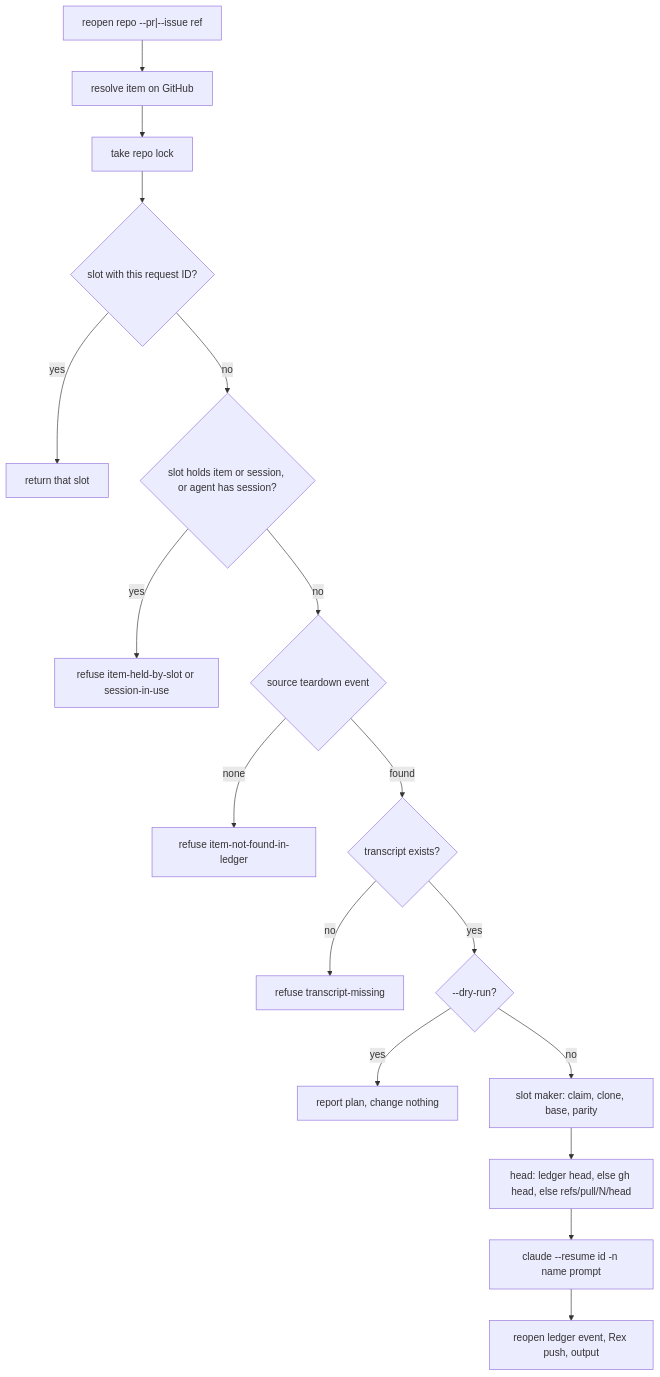
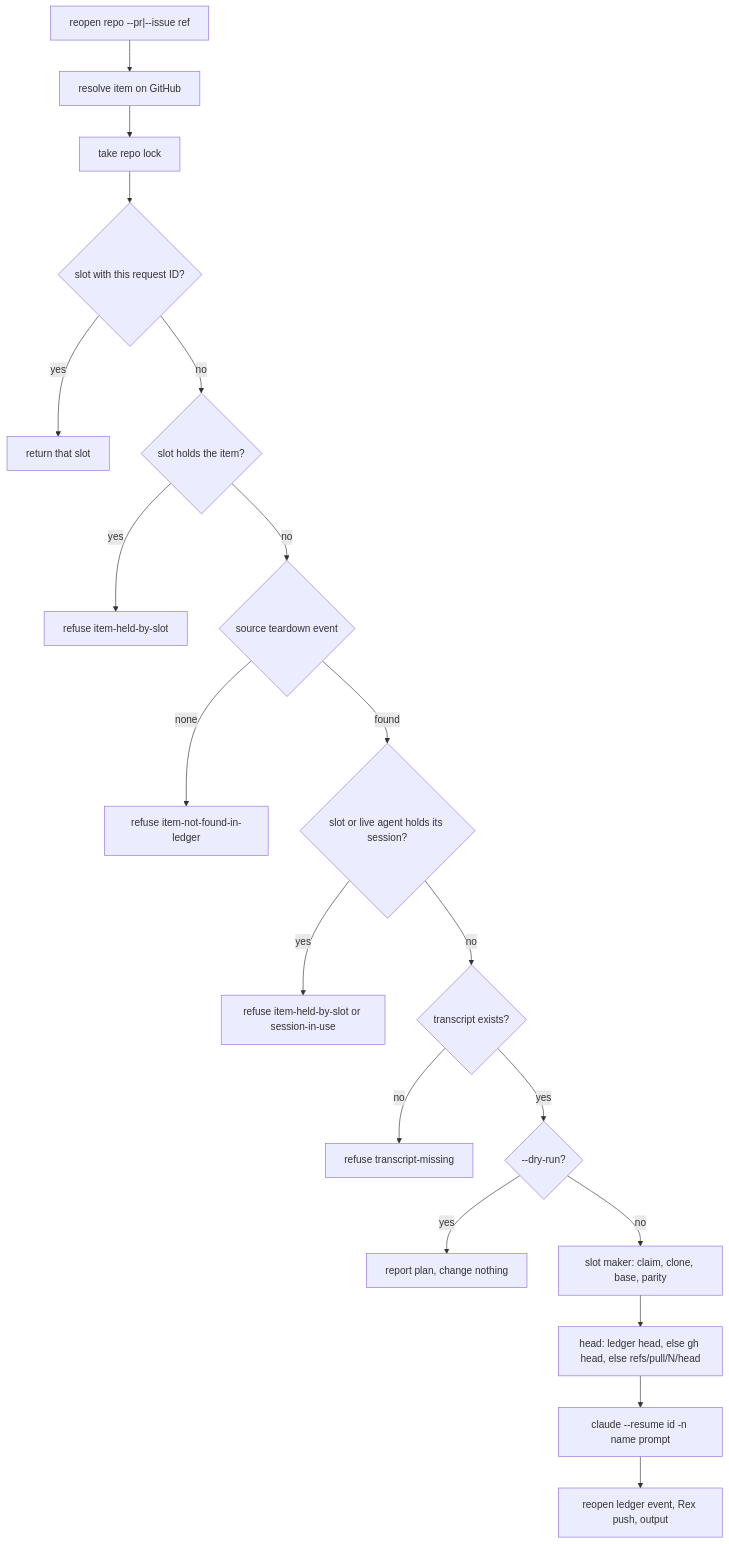
Before and after one commit to brettdavies/dotfiles: the first of 2 diagrams in docs/plans/2026-10-30-1342-feat-agent-slot-work-items-and-reopen-plan.md, drawn with Mermaid. The commit also changed other lines of this file, not shown here.

First line of the commit message:
docs(plans): apply the document review to the agent-slot reopen plan

````diff
--- a/docs/plans/2026-10-30-1342-feat-agent-slot-work-items-and-reopen-plan.md
+++ b/docs/plans/2026-10-30-1342-feat-agent-slot-work-items-and-reopen-plan.md
@@ -317,19 +319,21 @@
 ```mermaid
 flowchart TD
   A["reopen repo --pr|--issue ref"] --> B[resolve item on GitHub]
   B --> L[take repo lock]
   L --> Q{slot with this request ID?}
   Q -- yes --> RQ[return that slot]
-  Q -- no --> C{slot holds item or session, or agent has session?}
-  C -- yes --> R1[refuse item-held-by-slot or session-in-use]
+  Q -- no --> C{slot holds the item?}
+  C -- yes --> R1[refuse item-held-by-slot]
   C -- no --> D{source teardown event}
   D -- none --> R2[refuse item-not-found-in-ledger]
-  D -- found --> E{transcript exists?}
+  D -- found --> S{slot or live agent holds its session?}
+  S -- yes --> R4[refuse item-held-by-slot or session-in-use]
+  S -- no --> E{transcript exists?}
   E -- no --> R3[refuse transcript-missing]
   E -- yes --> F{--dry-run?}
   F -- yes --> G[report plan, change nothing]
   F -- no --> H[slot maker: claim, clone, base, parity]
   H --> I["head: ledger head, else gh head, else refs/pull/N/head"]
   I --> J["claude --resume id -n name prompt"]
   J --> K[reopen ledger event, Rex push, output]
 ```
````
